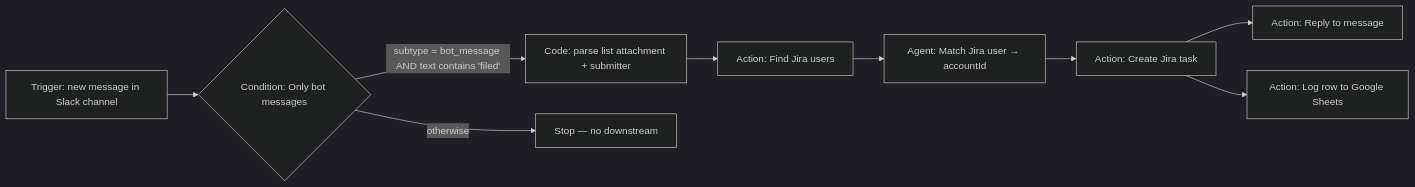
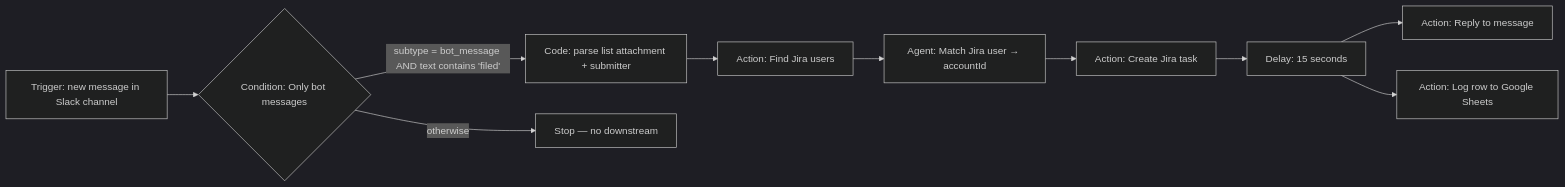
The second of 3 diagrams in field-sales-queries/documentation.md (tylertan-tech/people-tech-langdock), drawn with Mermaid (dark theme) before and after one commit. The commit also changed other lines of this file and 3 other files, not shown here.

````diff
--- a/field-sales-queries/documentation.md
+++ b/field-sales-queries/documentation.md
@@ -40,11 +49,12 @@
 ```mermaid
 flowchart LR
   T["Trigger: new message in Slack channel"] --> C{"Condition: Only bot messages"}
   C -->|"subtype = bot_message AND text contains 'filed'"| X["Code: parse list attachment + submitter"]
   C -->|"otherwise"| STOP["Stop — no downstream"]
   X --> J["Action: Find Jira users"]
   J --> A["Agent: Match Jira user → accountId"]
   A --> CR["Action: Create Jira task"]
-  CR --> R["Action: Reply to message"]
-  CR --> S["Action: Log row to Google Sheets"]
+  CR --> DL["Delay: 15 seconds"]
+  DL --> R["Action: Reply to message"]
+  DL --> S["Action: Log row to Google Sheets"]
 ```
````
